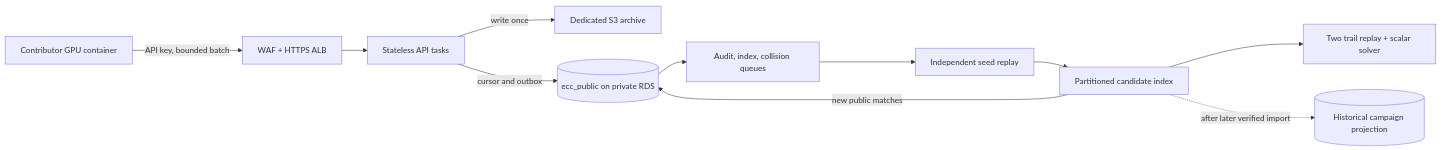
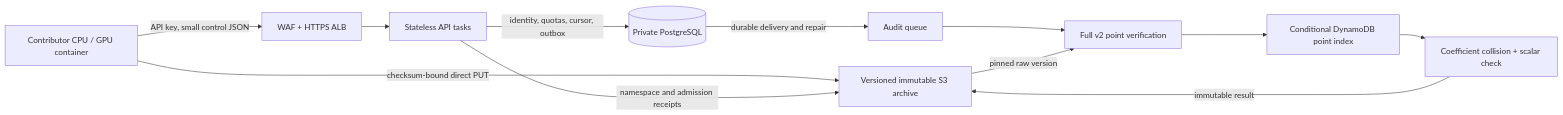
One commit to aburan28/ecc-challenges changed the diagram in README.md. Above: the diagram before and after it, drawn with Mermaid. The commit also changed other lines of this file and 14 other files, not shown here.

````diff
--- a/README.md
+++ b/README.md
@@ -24,13 +28,14 @@
 ```mermaid
 flowchart LR
-  GPU[Contributor GPU container] -->|API key, bounded batch| ALB[WAF + HTTPS ALB]
+  GPU[Contributor CPU / GPU container] -->|API key, small control JSON| ALB[WAF + HTTPS ALB]
   ALB --> API[Stateless API tasks]
-  API -->|write once| S3[Dedicated S3 archive]
-  API -->|cursor and outbox| PG[(ecc_public on private RDS)]
-  PG --> SQS[Audit, index, collision queues]
-  SQS --> Audit[Independent seed replay]
-  Audit --> Index[Partitioned candidate index]
-  Index --> Resolver[Two trail replay + scalar solver]
-  Index -->|new public matches| PG
-  Index -.->|after later verified import| Existing[(Historical campaign projection)]
+  GPU -->|checksum-bound direct PUT| S3[Versioned immutable S3 archive]
+  API -->|namespace and admission receipts| S3
+  API -->|identity, quotas, cursor, outbox| PG[(Private PostgreSQL)]
+  PG -->|durable delivery and repair| SQS[Audit queue]
+  SQS --> Audit[Full v2 point verification]
+  S3 -->|pinned raw version| Audit
+  Audit --> Index[Conditional DynamoDB point index]
+  Index --> Resolver[Coefficient collision + scalar check]
+  Resolver -->|immutable result| S3
 ```
````
